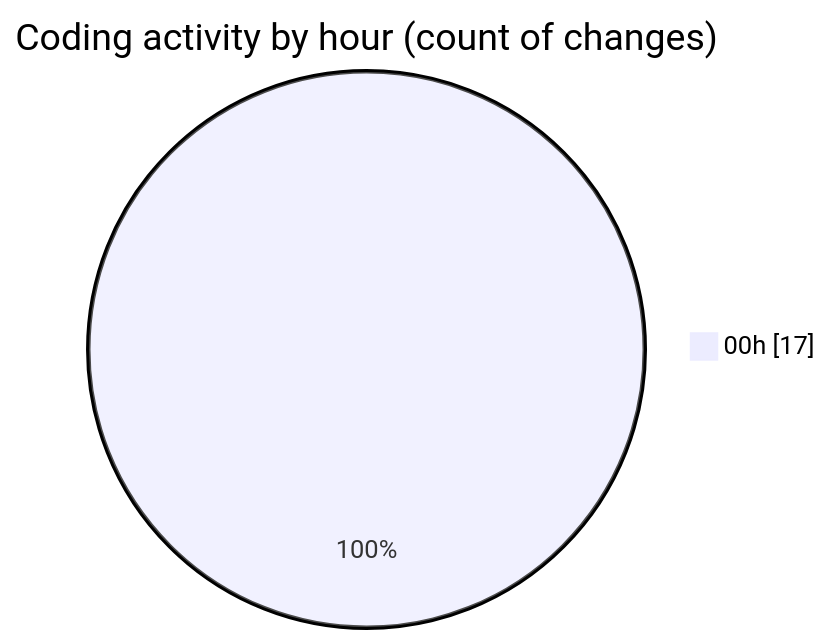
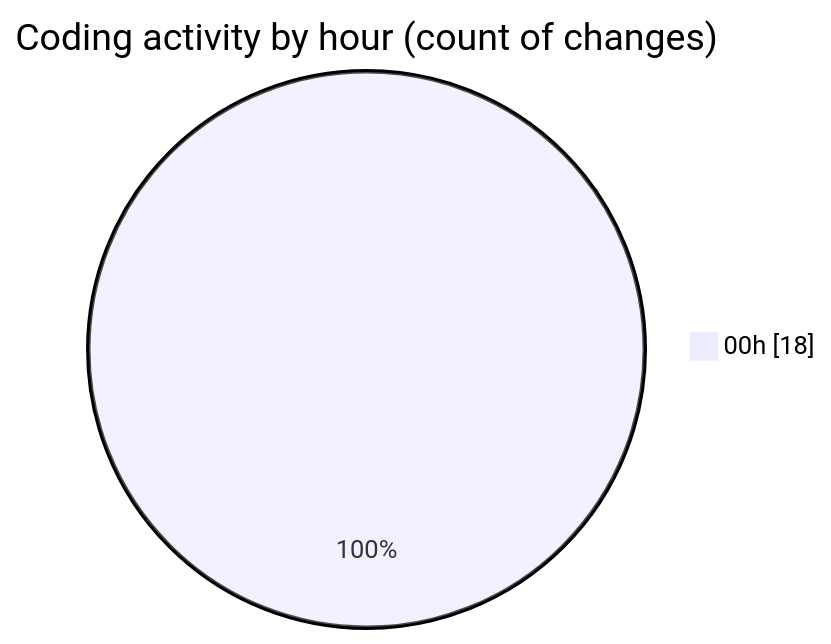
Before and after one commit to donsfak/code-tracking: the second of 2 diagrams in 2025-10-20/weather_insights_app/README.md, drawn with Mermaid. The commit also changed other lines of this file and 1 other file, not shown here.

````diff
--- a/2025-10-20/weather_insights_app/README.md
+++ b/2025-10-20/weather_insights_app/README.md
@@ -37,5 +37,5 @@
 ```mermaid
 pie showData
 title Coding activity by hour (count of changes)
-"00h" : 17
+"00h" : 18
 ```
````
